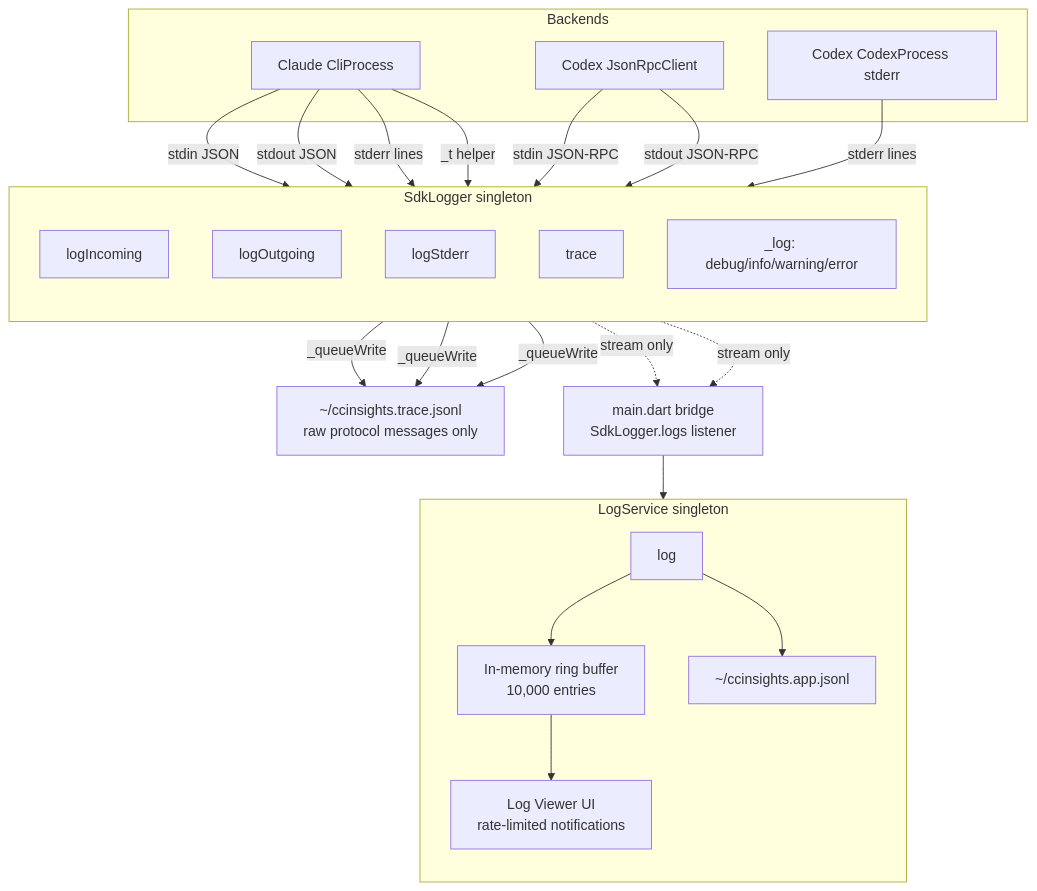
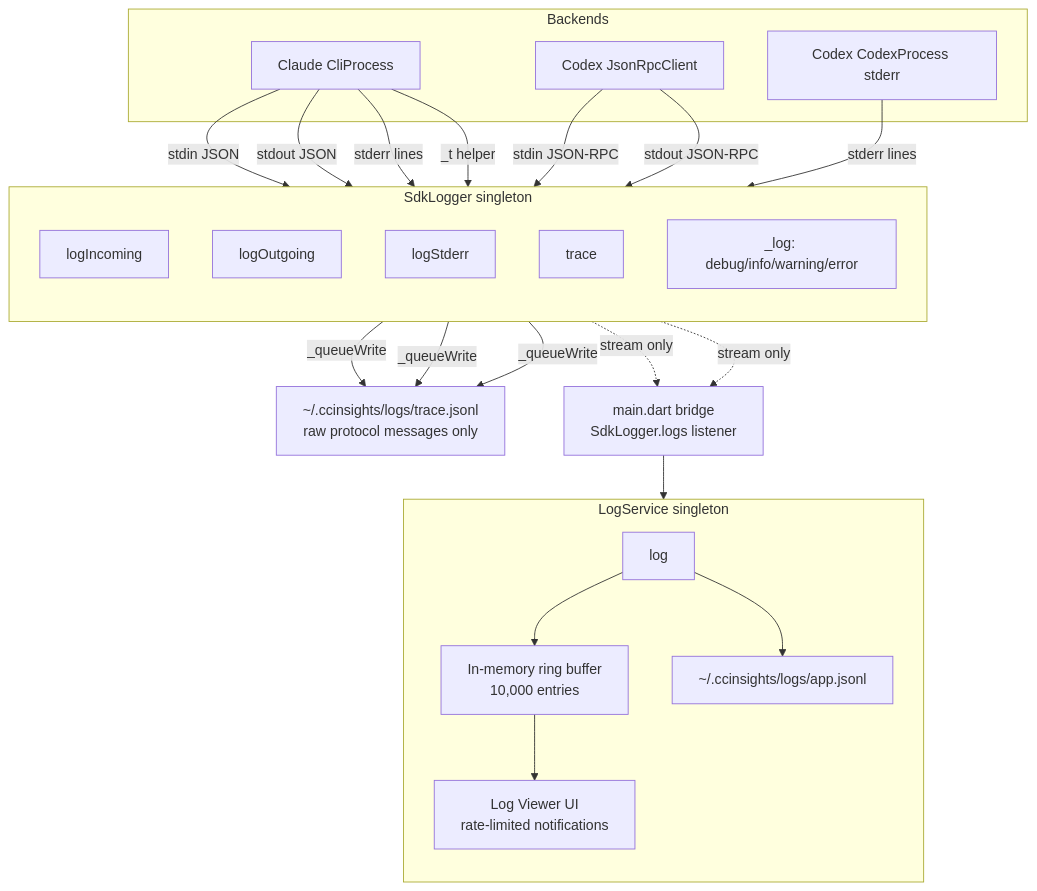
Before and after one commit to zafnz/cc-insights: the first of 3 diagrams in docs/LOGGING.md, drawn with Mermaid. The commit also changed other lines of this file and 2 other files, not shown here.

````diff
--- a/docs/LOGGING.md
+++ b/docs/LOGGING.md
@@ -7,49 +7,49 @@
 ```mermaid
 graph TB
     subgraph Backends
         CLI[Claude CliProcess]
         CODEX[Codex JsonRpcClient]
         CODEX_STDERR[Codex CodexProcess stderr]
     end
 
     subgraph "SdkLogger singleton"
         direction TB
         LI[logIncoming]
         LO[logOutgoing]
         LS[logStderr]
         TR[trace]
         LOG["_log: debug/info/warning/error"]
     end
 
-    TRACE["~/ccinsights.trace.jsonl\nraw protocol messages only"]
+    TRACE["~/.ccinsights/logs/trace.jsonl\nraw protocol messages only"]
 
     BRIDGE["main.dart bridge\nSdkLogger.logs listener"]
 
     subgraph "LogService singleton"
         direction TB
         LS_LOG[log]
         BUFFER["In-memory ring buffer\n10,000 entries"]
-        APP_FILE["~/ccinsights.app.jsonl"]
+        APP_FILE["~/.ccinsights/logs/app.jsonl"]
         UI["Log Viewer UI\nrate-limited notifications"]
     end
 
     CLI -- "stdin JSON" --> LO
     CLI -- "stdout JSON" --> LI
     CLI -- "stderr lines" --> LS
     CODEX -- "stdin JSON-RPC" --> LO
     CODEX -- "stdout JSON-RPC" --> LI
     CODEX_STDERR -- "stderr lines" --> LS
 
     LI -- "_queueWrite" --> TRACE
     LO -- "_queueWrite" --> TRACE
     LS -- "_queueWrite" --> TRACE
 
     CLI -- "_t helper" --> TR
     LOG -. "stream only" .-> BRIDGE
     TR -. "stream only" .-> BRIDGE
 
     BRIDGE --> LS_LOG
     LS_LOG --> BUFFER
     LS_LOG --> APP_FILE
     BUFFER --> UI
 ```
````
